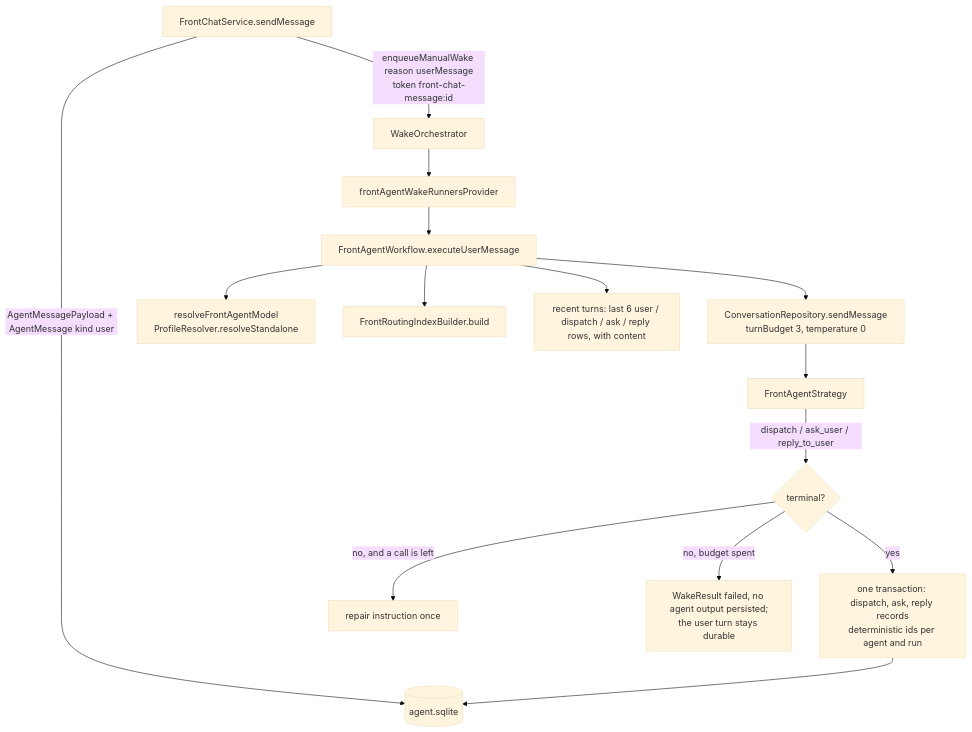
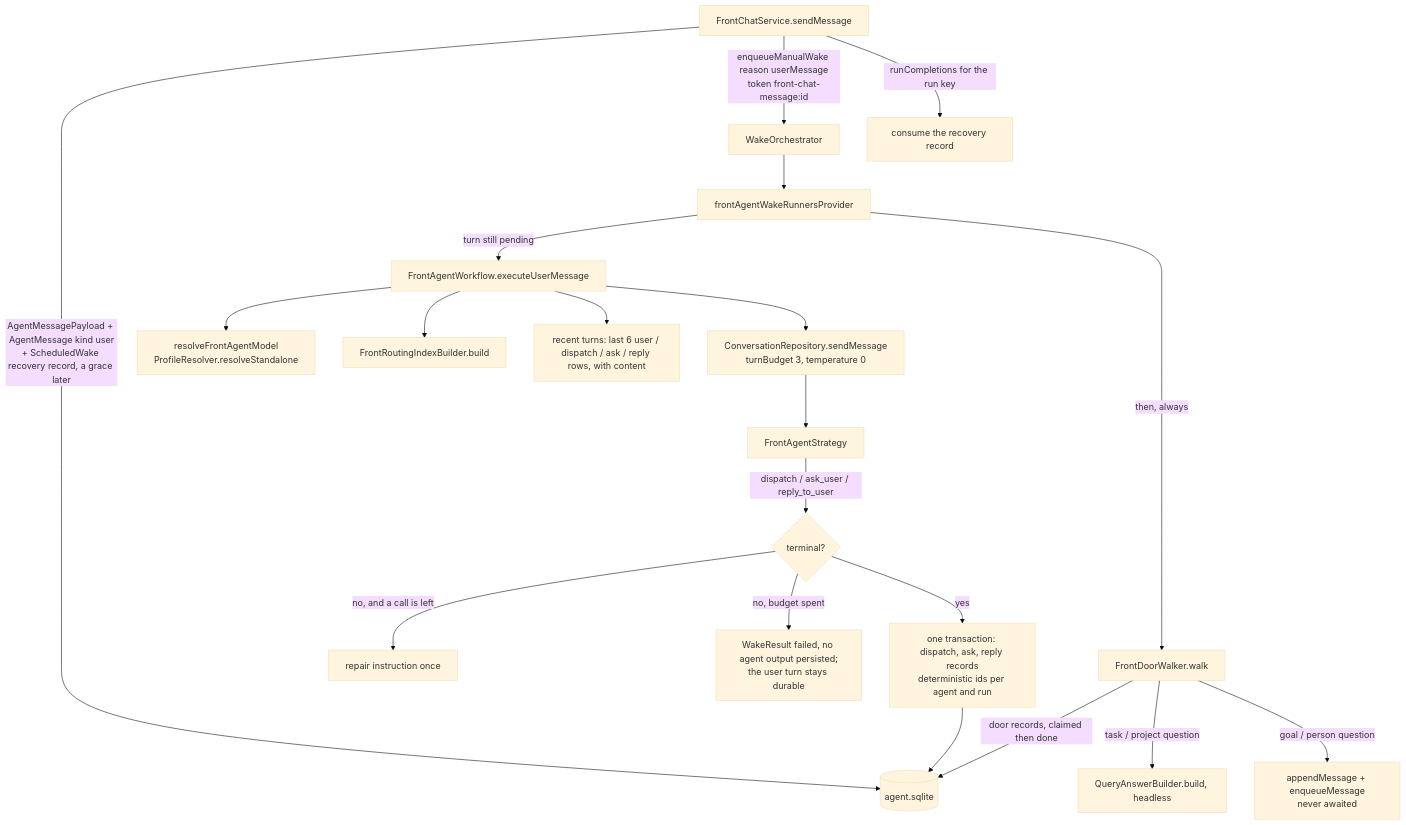
One commit to matthiasn/lotti changed the first of 2 diagrams in knowledge/features/front_agent.md. Above: the diagram before and after it, drawn with Mermaid (base theme). The commit also changed other lines of this file and 100 other files, not shown here.

Commit message:
feat(front-agent): slice 1 — ask anything, she finds who knows (#4834)

````diff
--- a/knowledge/features/front_agent.md
+++ b/knowledge/features/front_agent.md
@@ -64,17 +103,22 @@
 ```mermaid
 flowchart TD
-  U[FrontChatService.sendMessage] -->|AgentMessagePayload + AgentMessage kind user| D[(agent.sqlite)]
+  U[FrontChatService.sendMessage] -->|AgentMessagePayload + AgentMessage kind user<br/>+ ScheduledWake recovery record, a grace later| D[(agent.sqlite)]
   U -->|enqueueManualWake reason userMessage<br/>token front-chat-message:id| W[WakeOrchestrator]
   W --> R[frontAgentWakeRunnersProvider]
-  R --> X[FrontAgentWorkflow.executeUserMessage]
+  R -->|turn still pending| X[FrontAgentWorkflow.executeUserMessage]
+  R -->|then, always| K[FrontDoorWalker.walk]
+  K -->|door records, claimed then done| D
+  K -->|task / project question| Q[QueryAnswerBuilder.build, headless]
+  K -->|goal / person question| G[appendMessage + enqueueMessage<br/>never awaited]
+  U -->|runCompletions for the run key| V[consume the recovery record]
   X --> M[resolveFrontAgentModel<br/>ProfileResolver.resolveStandalone]
   X --> I[FrontRoutingIndexBuilder.build]
   X --> T[recent turns: last 6 user / dispatch / ask / reply rows, with content]
   X --> C[ConversationRepository.sendMessage<br/>turnBudget 3, temperature 0]
   C --> S[FrontAgentStrategy]
   S -->|dispatch / ask_user / reply_to_user| E{terminal?}
   E -->|no, and a call is left| P[repair instruction once]
   E -->|no, budget spent| F[WakeResult failed, no agent output persisted;<br/>the user turn stays durable]
   E -->|yes| O[one transaction: dispatch, ask, reply records<br/>deterministic ids per agent and run]
   O --> D
 ```
````
